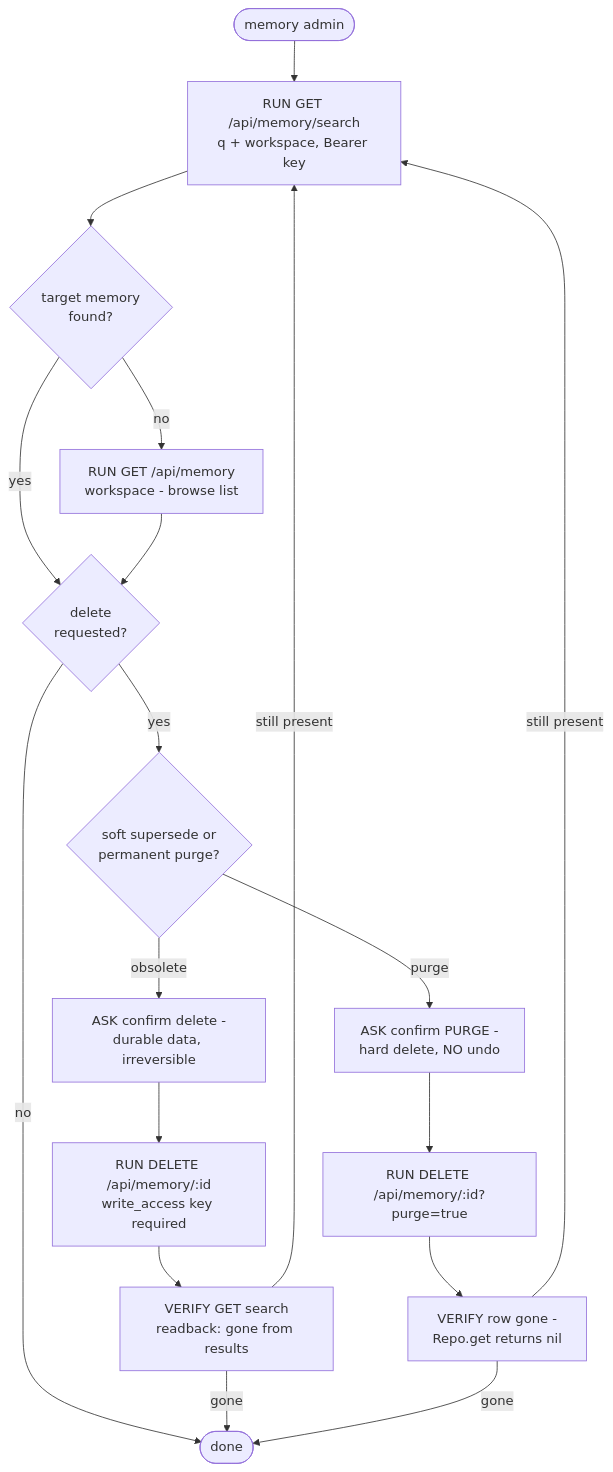
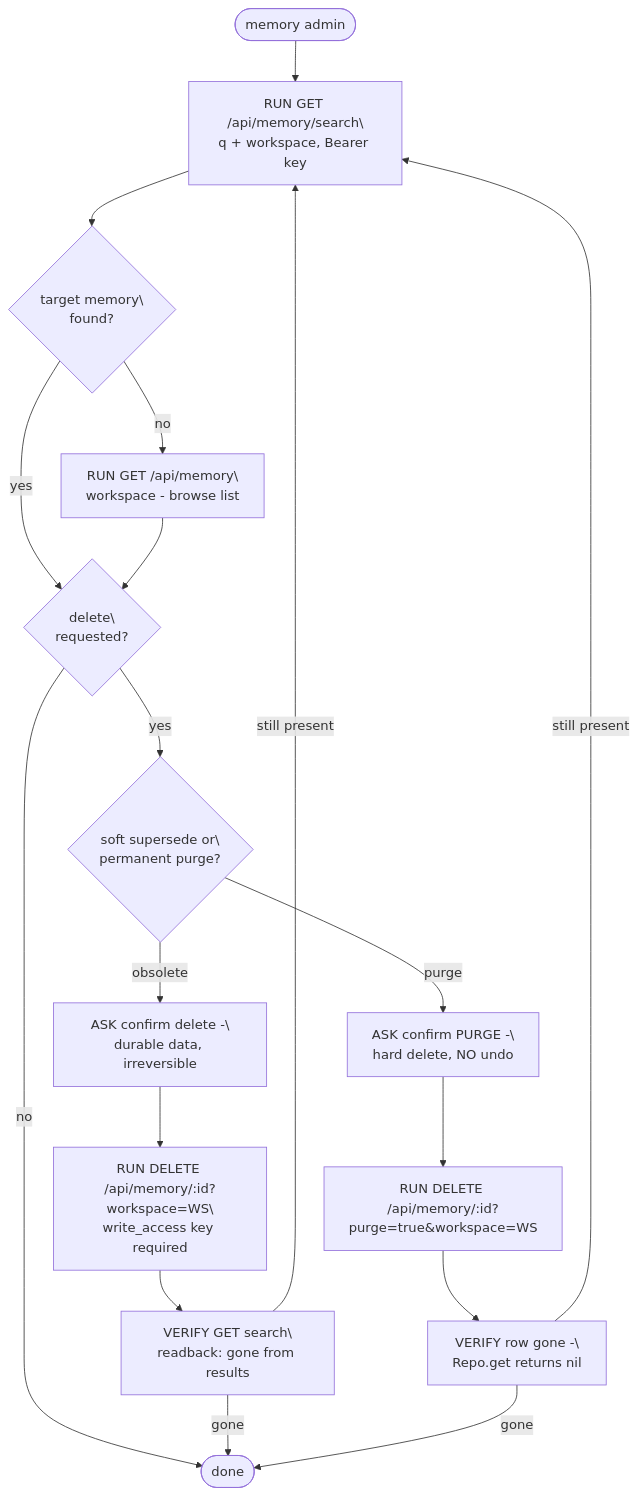
The second of 2 diagrams in skills/dran-memory-flow/SKILL.md (alvarolizama/dran), drawn with Mermaid before and after one commit. The commit also changed other lines of this file and 4 other files, not shown here.

````diff
--- a/skills/dran-memory-flow/SKILL.md
+++ b/skills/dran-memory-flow/SKILL.md
@@ -40,20 +45,30 @@
 ```mermaid
 flowchart TD
-  START([memory admin]) --> S1["RUN GET /api/memory/search\nq + workspace, Bearer key"]
-  S1 --> G1{"target memory\nfound?"}
-  G1 -->|"no"| S2["RUN GET /api/memory\nworkspace - browse list"]
-  G1 -->|"yes"| G2{"delete\nrequested?"}
+  START([memory admin]) --> S1["RUN GET /api/memory/search\
+q + workspace, Bearer key"]
+  S1 --> G1{"target memory\
+found?"}
+  G1 -->|"no"| S2["RUN GET /api/memory\
+workspace - browse list"]
+  G1 -->|"yes"| G2{"delete\
+requested?"}
   S2 --> G2
   G2 -->|no| END([reported])
-  G2 -->|yes| G4{"soft supersede or\npermanent purge?"}
-  G4 -->|"obsolete"| A1["ASK confirm delete -\ndurable data, irreversible"]
-  G4 -->|"purge"| A2["ASK confirm PURGE -\nhard delete, NO undo"]
-  A1 --> S3["RUN DELETE /api/memory/:id\nwrite_access key required"]
-  A2 --> S3P["RUN DELETE /api/memory/:id?purge=true"]
-  S3 --> V1["VERIFY GET search\nreadback: gone from results"]
-  S3P --> V2["VERIFY row gone -\nRepo.get returns nil"]
+  G2 -->|yes| G4{"soft supersede or\
+permanent purge?"}
+  G4 -->|"obsolete"| A1["ASK confirm delete -\
+durable data, irreversible"]
+  G4 -->|"purge"| A2["ASK confirm PURGE -\
+hard delete, NO undo"]
+  A1 --> S3["RUN DELETE /api/memory/:id?workspace=WS\
+write_access key required"]
+  A2 --> S3P["RUN DELETE /api/memory/:id?purge=true&workspace=WS"]
+  S3 --> V1["VERIFY GET search\
+readback: gone from results"]
+  S3P --> V2["VERIFY row gone -\
+Repo.get returns nil"]
   V1 -->|"still present"| S1
   V2 -->|"still present"| S1
   V1 -->|"gone"| END([done])
   V2 -->|gone| END([done])
 ```
````
